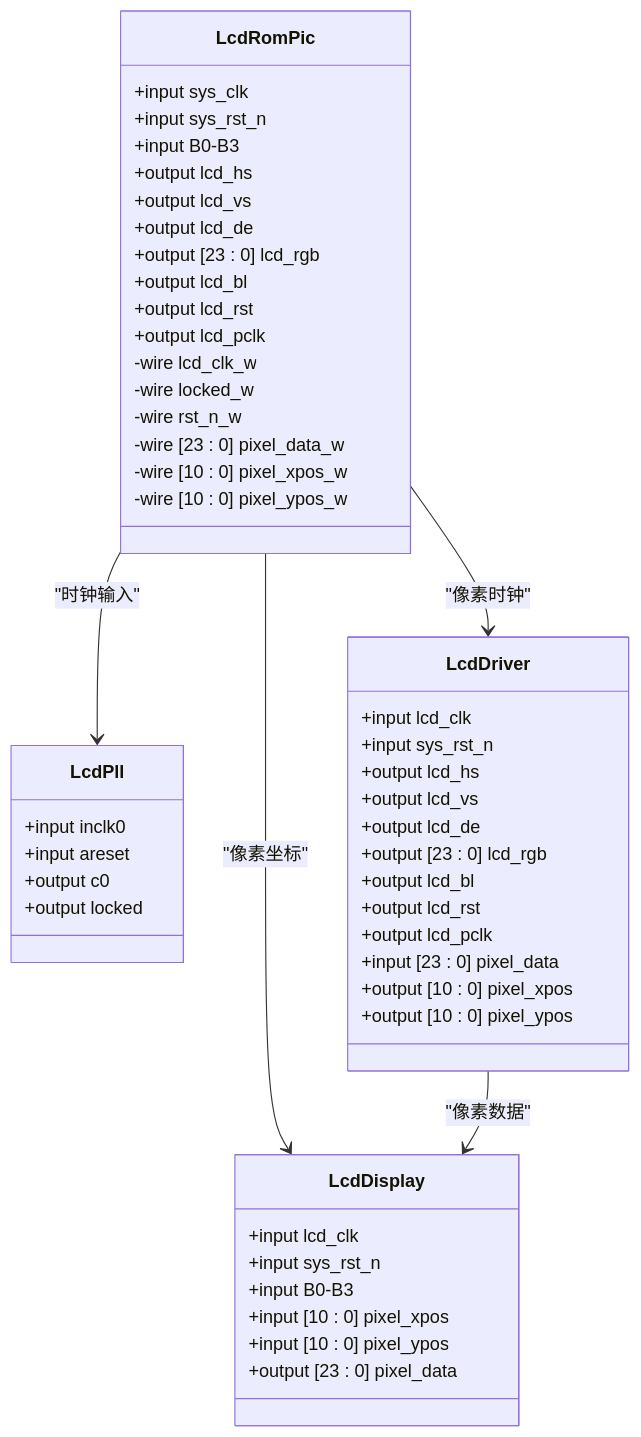
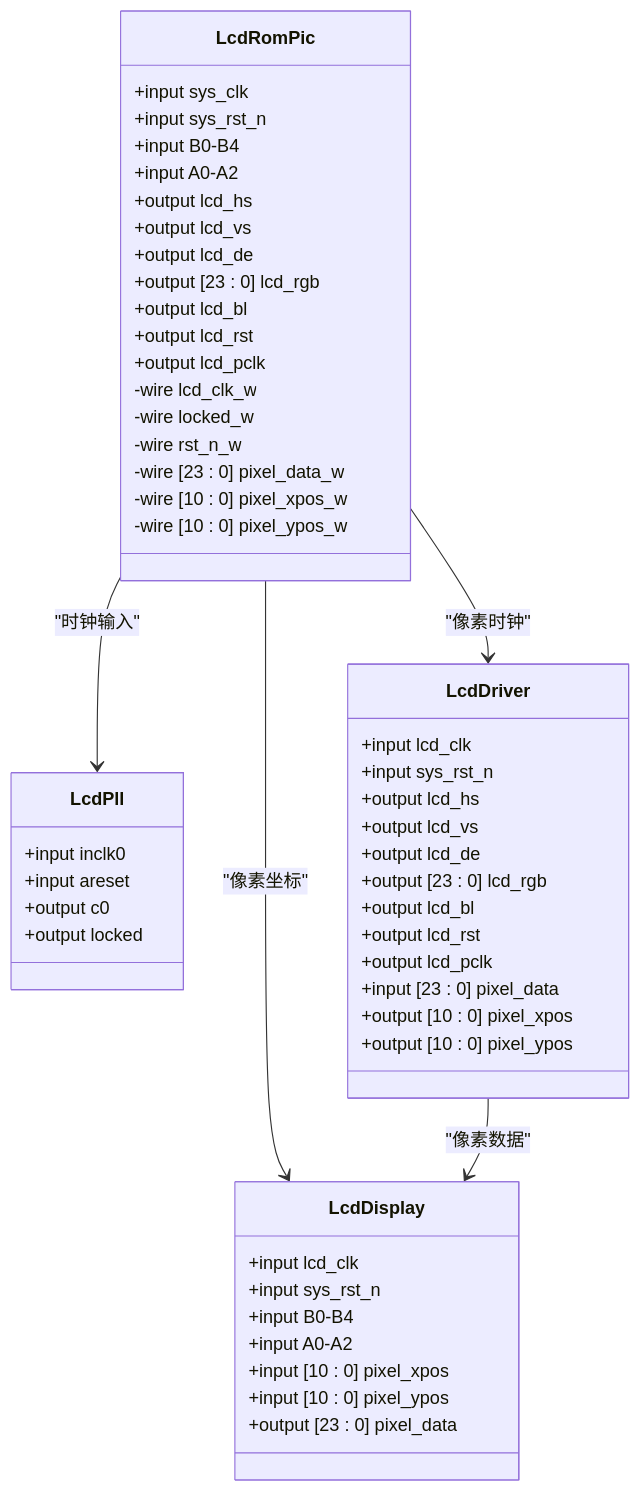
Before and after one commit to soupherexd/LCD_ROM_PIC: the second of 11 diagrams in .qoder/repowiki/zh/content/项目概述/技术架构/技术架构.md, drawn with Mermaid. The commit also changed other lines of this file and 5 other files, not shown here.

````diff
--- a/.qoder/repowiki/zh/content/项目概述/技术架构/技术架构.md
+++ b/.qoder/repowiki/zh/content/项目概述/技术架构/技术架构.md
@@ -99,53 +124,55 @@
 ```mermaid
 classDiagram
 class LcdRomPic {
 +input sys_clk
 +input sys_rst_n
-+input B0-B3
++input B0-B4
++input A0-A2
 +output lcd_hs
 +output lcd_vs
 +output lcd_de
 +output [23 : 0] lcd_rgb
 +output lcd_bl
 +output lcd_rst
 +output lcd_pclk
 -wire lcd_clk_w
 -wire locked_w
 -wire rst_n_w
 -wire [23 : 0] pixel_data_w
 -wire [10 : 0] pixel_xpos_w
 -wire [10 : 0] pixel_ypos_w
 }
 class LcdPll {
 +input inclk0
 +input areset
 +output c0
 +output locked
 }
 class LcdDriver {
 +input lcd_clk
 +input sys_rst_n
 +output lcd_hs
 +output lcd_vs
 +output lcd_de
 +output [23 : 0] lcd_rgb
 +output lcd_bl
 +output lcd_rst
 +output lcd_pclk
 +input [23 : 0] pixel_data
 +output [10 : 0] pixel_xpos
 +output [10 : 0] pixel_ypos
 }
 class LcdDisplay {
 +input lcd_clk
 +input sys_rst_n
-+input B0-B3
++input B0-B4
++input A0-A2
 +input [10 : 0] pixel_xpos
 +input [10 : 0] pixel_ypos
 +output [23 : 0] pixel_data
 }
 LcdRomPic --> LcdPll : "时钟输入"
 LcdRomPic --> LcdDriver : "像素时钟"
 LcdRomPic --> LcdDisplay : "像素坐标"
 LcdDriver --> LcdDisplay : "像素数据"
 ```
````
